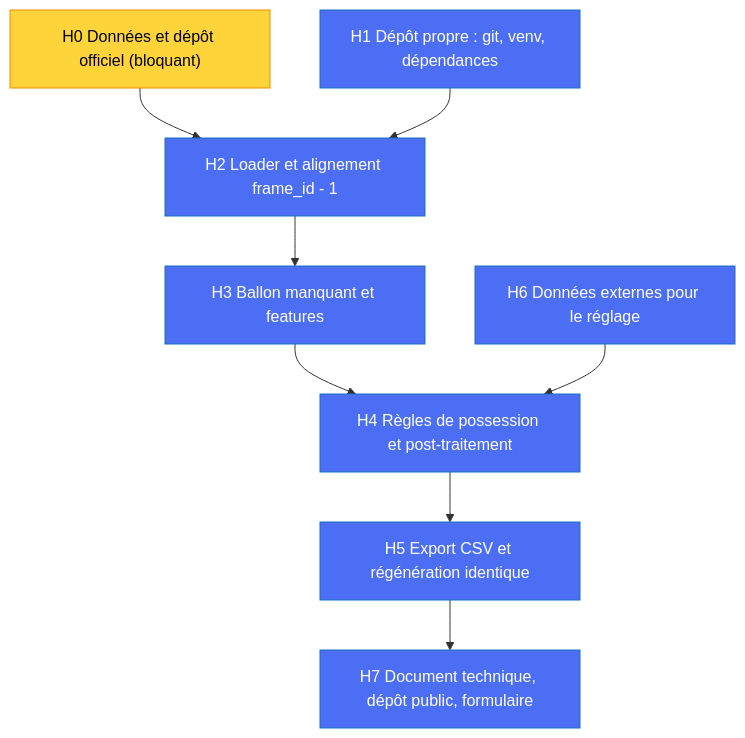
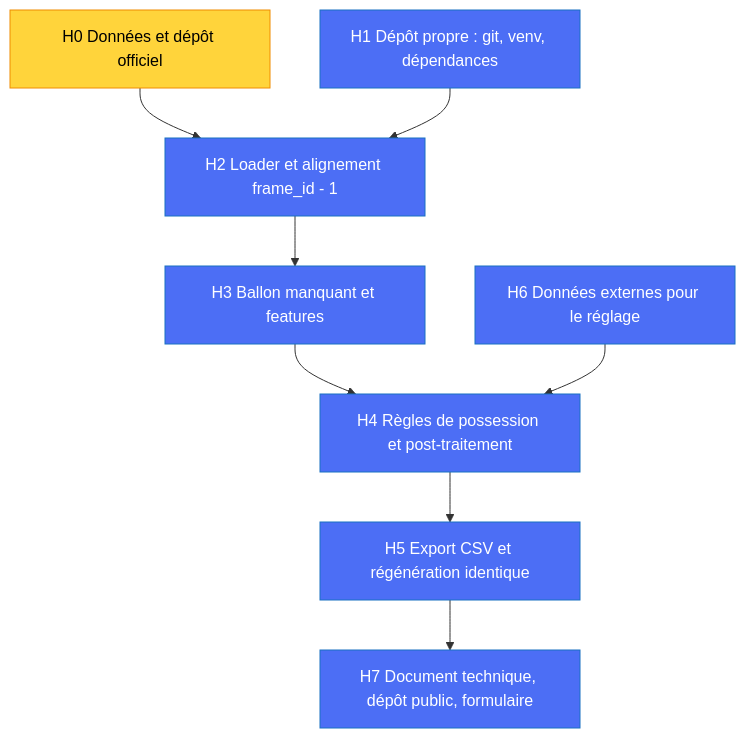
Before and after one commit to ArenaHackhaton/Arena: the first of 2 diagrams in docs/ROADMAP_NEXT_STEPS.md, drawn with Mermaid. The commit also changed other lines of this file and 2 other files, not shown here.

Commit message:
docs: update workflow, known issues and roadmap for the possession pipeline

````diff
--- a/docs/ROADMAP_NEXT_STEPS.md
+++ b/docs/ROADMAP_NEXT_STEPS.md
@@ -35,23 +41,23 @@
 ```mermaid
 flowchart TD
-  H0["H0 Données et dépôt officiel (bloquant)"]
+  H0["H0 Données et dépôt officiel"]
   H1["H1 Dépôt propre : git, venv, dépendances"]
   H2["H2 Loader et alignement frame_id - 1"]
   H3["H3 Ballon manquant et features"]
   H4["H4 Règles de possession et post-traitement"]
   H5["H5 Export CSV et régénération identique"]
   H6["H6 Données externes pour le réglage"]
   H7["H7 Document technique, dépôt public, formulaire"]
   H0 --> H2
   H1 --> H2
   H2 --> H3
   H3 --> H4
   H6 --> H4
   H4 --> H5
   H5 --> H7
 
   classDef pending fill:#ffd43b,stroke:#f08c00,color:#000
   classDef process fill:#4c6ef5,stroke:#1971c2,color:#fff
   class H0 pending
   class H1,H2,H3,H4,H5,H6,H7 process
 ```
````
